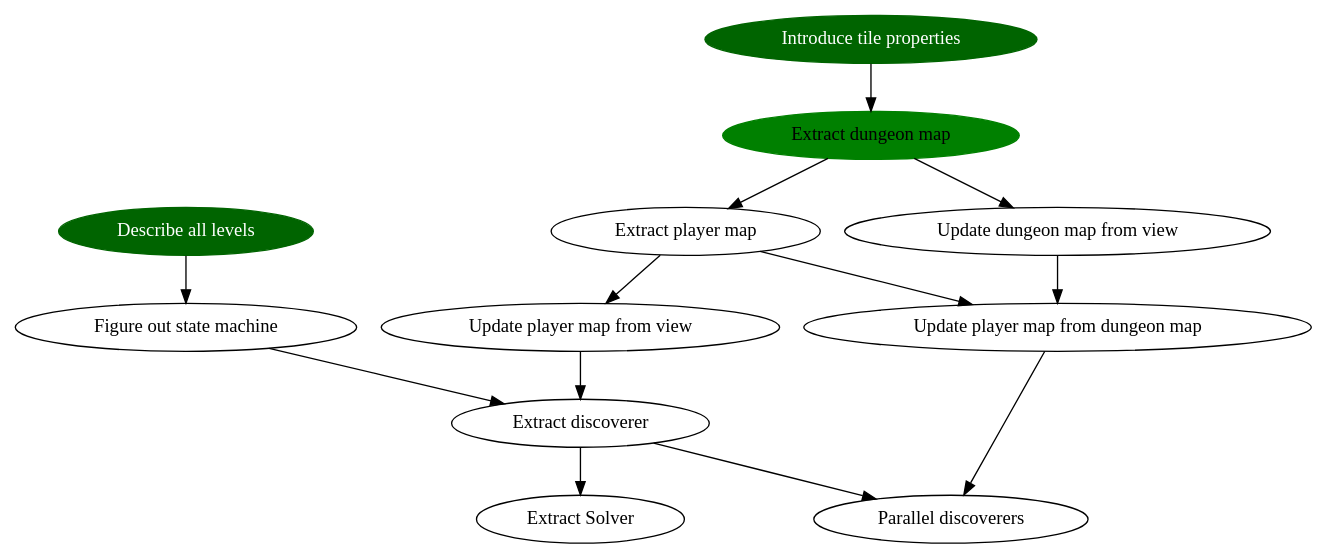
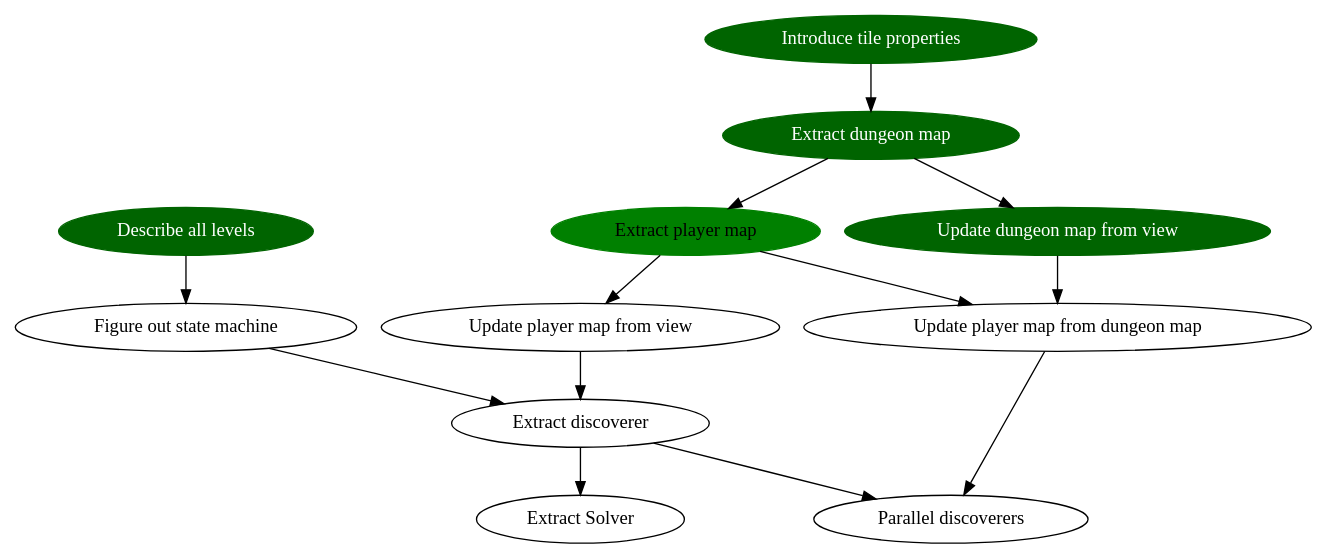
Before and after one commit to kees-jan/swoq-bot: the first of 2 diagrams in DESIGN.md, drawn with Graphviz. The commit also changed 13 other files, not shown here.

Commit message:
Extract PlayerMap

````diff
--- a/DESIGN.md
+++ b/DESIGN.md
@@ -3,32 +3,34 @@
 ```graphviz
 strict digraph ThePlan {
       
   subgraph HighPrio
   {
     node [color=orange, style=filled]
   }
 
   subgraph InProgress
   {
     node [color=green, style=filled]
-    "Extract dungeon map"
+    "Extract player map"
   }
 
   subgraph Done
   {
     node [color=darkgreen, style=filled, fontcolor=white]
     "Describe all levels"
     "Introduce tile properties"
+    "Extract dungeon map"
+    "Update dungeon map from view"
   }
 
   // Tasks
   "Introduce tile properties" -> "Extract dungeon map" -> "Extract player map"
   "Extract dungeon map" -> "Update dungeon map from view" -> "Update player map from dungeon map"
   "Extract player map" -> "Update player map from view"
   "Extract player map" -> "Update player map from dungeon map"
   "Describe all levels" -> "Figure out state machine"
   { "Figure out state machine" "Update player map from view" "Update player map from view" } -> "Extract discoverer" -> "Extract Solver"
   "Extract discoverer" -> "Parallel discoverers"
   "Update player map from dungeon map" -> "Parallel discoverers"
 }
 ```
````
